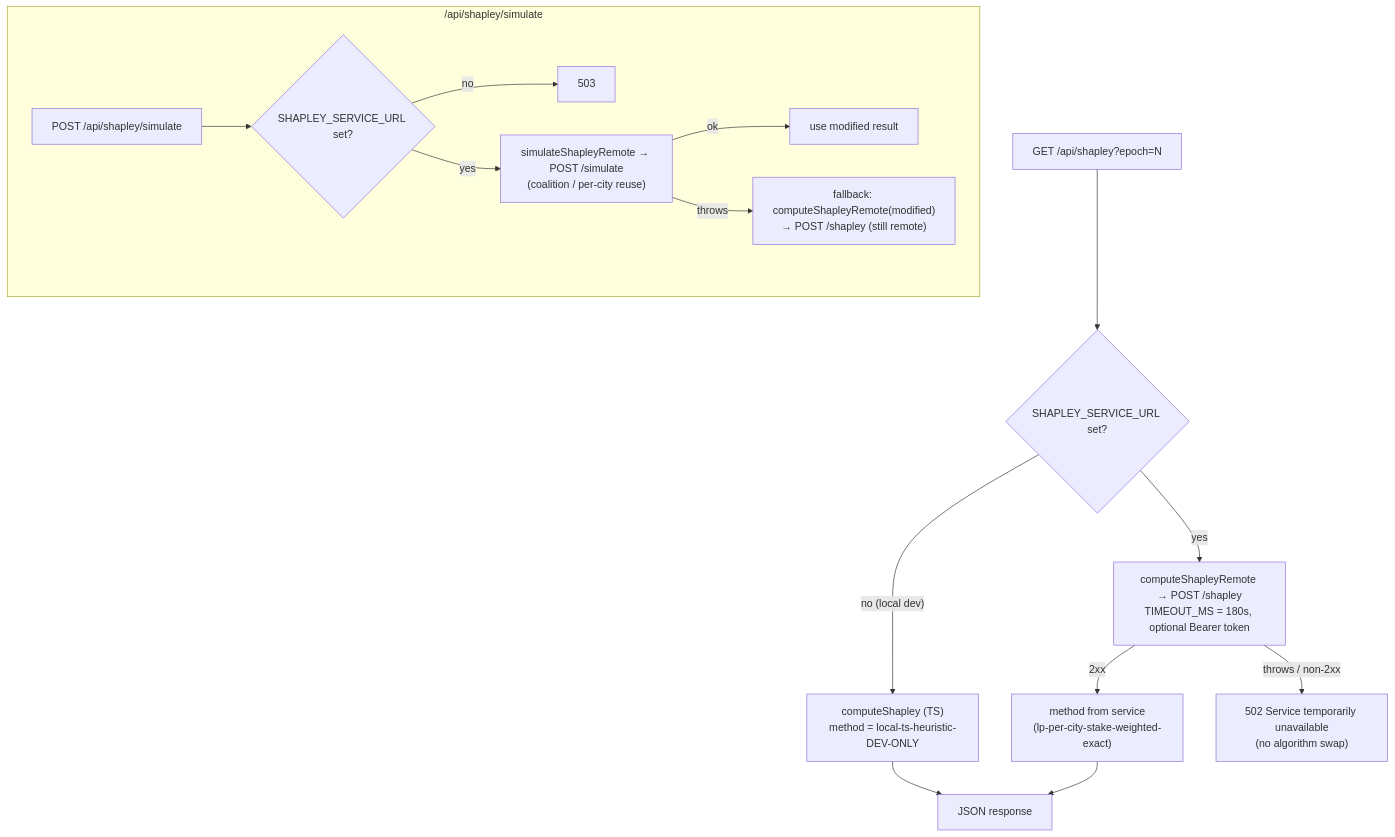
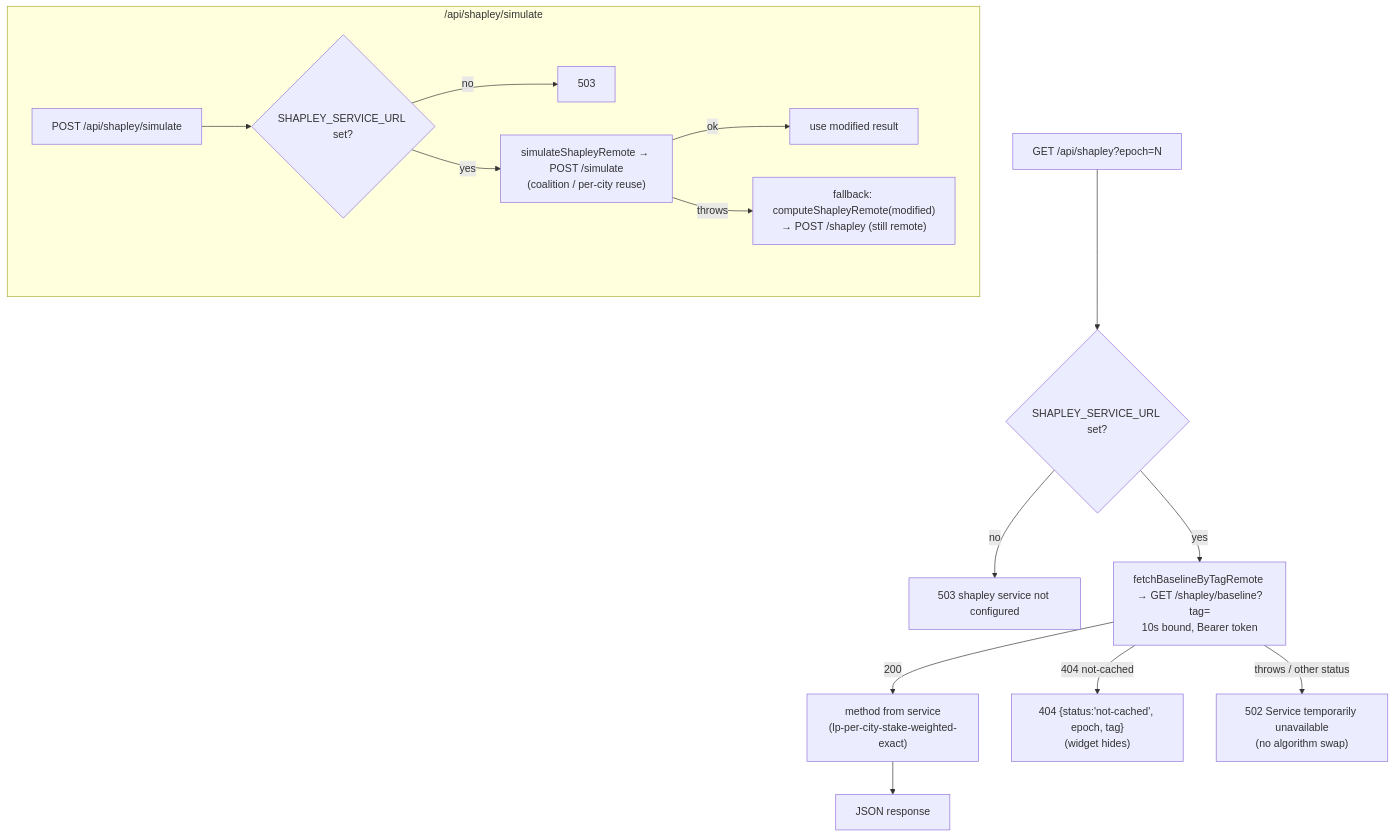
One commit to phaselabscrypto/dz-contributor changed the diagram in docs/shapley-pipeline.md. Above: the diagram before and after it, drawn with Mermaid. The commit also changed other lines of this file and 111 other files, not shown here.

````diff
--- a/docs/shapley-pipeline.md
+++ b/docs/shapley-pipeline.md
@@ -61,18 +52,18 @@
 ```mermaid
 flowchart TD
     A["GET /api/shapley?epoch=N"] --> B{"SHAPLEY_SERVICE_URL set?"}
-    B -- "no (local dev)" --> C["computeShapley (TS)<br/>method = local-ts-heuristic-DEV-ONLY"]
-    B -- "yes" --> D["computeShapleyRemote → POST /shapley<br/>TIMEOUT_MS = 180s, optional Bearer token"]
-    D -- "2xx" --> E["method from service<br/>(lp-per-city-stake-weighted-exact)"]
-    D -- "throws / non-2xx" --> F["502 Service temporarily unavailable<br/>(no algorithm swap)"]
-    C --> G["JSON response"]
-    E --> G
+    B -- "no" --> C["503 shapley service not configured"]
+    B -- "yes" --> D["fetchBaselineByTagRemote → GET /shapley/baseline?tag=<br/>10s bound, Bearer token"]
+    D -- "200" --> E["method from service<br/>(lp-per-city-stake-weighted-exact)"]
+    D -- "404 not-cached" --> H["404 {status:'not-cached', epoch, tag}<br/>(widget hides)"]
+    D -- "throws / other status" --> F["502 Service temporarily unavailable<br/>(no algorithm swap)"]
+    E --> G["JSON response"]
 
     subgraph simulate ["/api/shapley/simulate"]
         S0["POST /api/shapley/simulate"] --> S1{"SHAPLEY_SERVICE_URL set?"}
         S1 -- "no" --> S2["503"]
         S1 -- "yes" --> S3["simulateShapleyRemote → POST /simulate<br/>(coalition / per-city reuse)"]
         S3 -- "ok" --> S4["use modified result"]
         S3 -- "throws" --> S5["fallback: computeShapleyRemote(modified)<br/>→ POST /shapley (still remote)"]
     end
 ```
````
